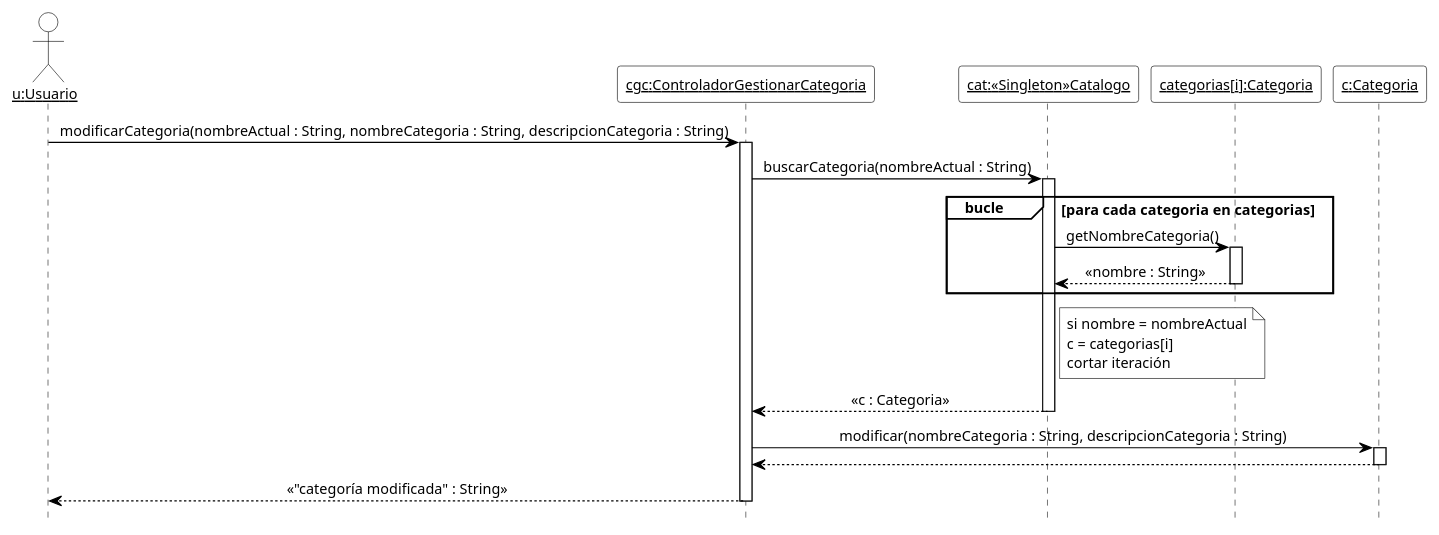
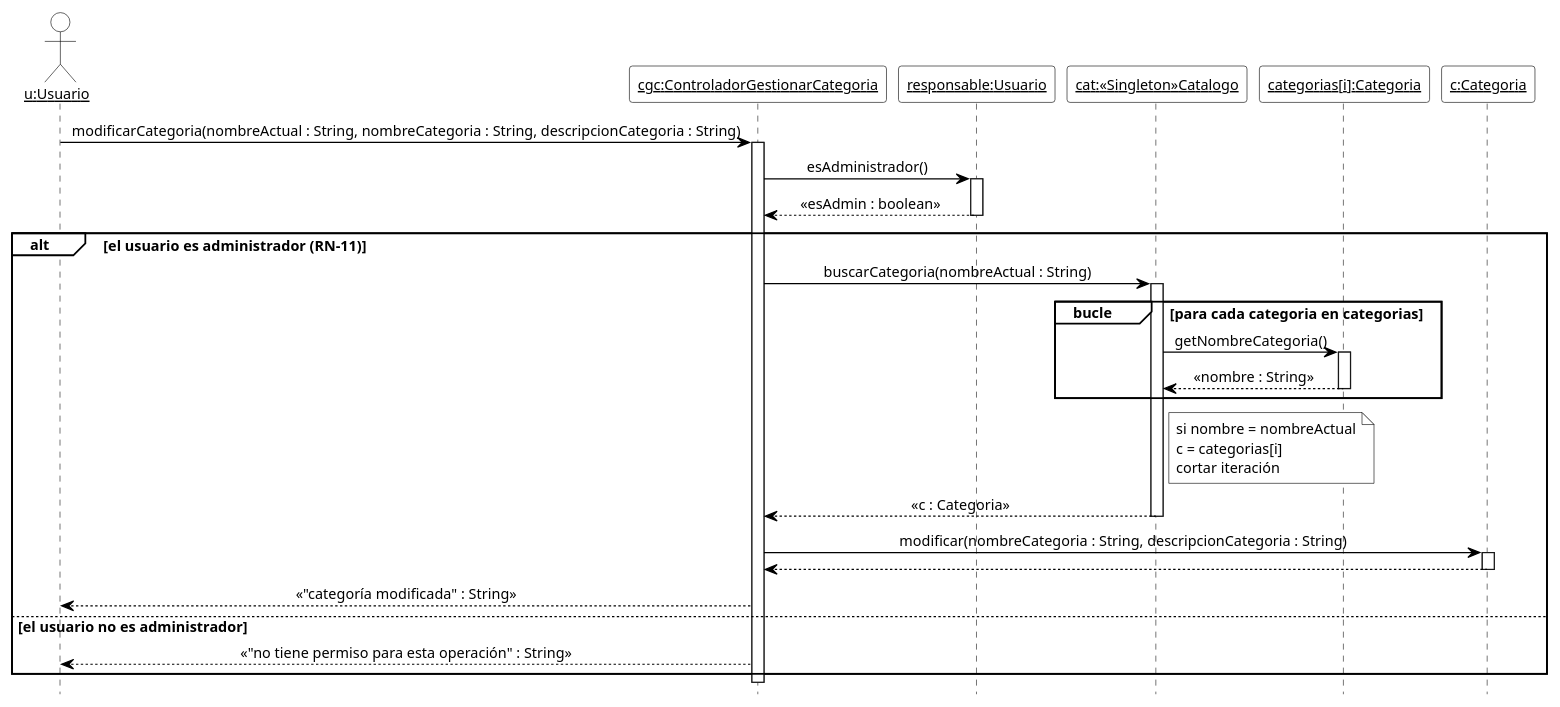
The diagram in 08-Diagrama De Secuencia/DSD_CU-03_modificarCategoria.puml (cirotop/Stock-Project), drawn with PlantUML before and after one commit. The commit also changed 20 other files, not shown here.

```diff
--- a/08-Diagrama De Secuencia/DSD_CU-03_modificarCategoria.puml
+++ b/08-Diagrama De Secuencia/DSD_CU-03_modificarCategoria.puml
@@ -1,46 +1,54 @@
 @startuml DSD_CU-03_modificarCategoria
 ' Diagrama de Secuencia de Diseño (DSD) - CU-03 Gestionar categoría - modificarCategoria
 ' Estilo de los ejemplos de la teoría (introducirArticulo / crearNuevaVenta).
 hide footbox
 skinparam shadowing false
 skinparam defaultFontName Arial
 skinparam defaultFontSize 12
 skinparam sequenceMessageAlign center
 skinparam ArrowColor black
 skinparam ParticipantBackgroundColor white
 skinparam ParticipantBorderColor black
 skinparam CollectionsBackgroundColor white
 skinparam CollectionsBorderColor black
 skinparam ActorBackgroundColor white
 skinparam ActorBorderColor black
 skinparam LifeLineBorderColor black
 skinparam LifeLineBackgroundColor white
 skinparam SequenceGroupBackgroundColor white
 skinparam SequenceGroupBorderColor black
 skinparam SequenceGroupHeaderFontColor black
 skinparam NoteBackgroundColor white
 skinparam NoteBorderColor black
 
 actor "<u>u:Usuario</u>" as u
 participant "<u>cgc:ControladorGestionarCategoria</u>" as cgc
+participant "<u>responsable:Usuario</u>" as resp
 participant "<u>cat:«Singleton»Catalogo</u>" as cat
 participant "<u>categorias[i]:Categoria</u>" as ki
 participant "<u>c:Categoria</u>" as c
 
 u -> cgc ++ : modificarCategoria(nombreActual : String, nombreCategoria : String, descripcionCategoria : String)
-cgc -> cat ++ : buscarCategoria(nombreActual : String)
-group bucle [para cada categoria en categorias]
-  cat -> ki ++ : getNombreCategoria()
-  ki --> cat -- : «nombre : String»
+cgc -> resp ++ : esAdministrador()
+resp --> cgc -- : «esAdmin : boolean»
+alt el usuario es administrador (RN-11)
+  cgc -> cat ++ : buscarCategoria(nombreActual : String)
+  group bucle [para cada categoria en categorias]
+    cat -> ki ++ : getNombreCategoria()
+    ki --> cat -- : «nombre : String»
+  end
+  note right of cat
+    si nombre = nombreActual
+    c = categorias[i]
+    cortar iteración
+  end note
+  cat --> cgc -- : «c : Categoria»
+  cgc -> c ++ : modificar(nombreCategoria : String, descripcionCategoria : String)
+  c --> cgc --
+  cgc --> u : «"categoría modificada" : String»
+else el usuario no es administrador
+  cgc --> u : «"no tiene permiso para esta operación" : String»
 end
-note right of cat
-  si nombre = nombreActual
-  c = categorias[i]
-  cortar iteración
-end note
-cat --> cgc -- : «c : Categoria»
-cgc -> c ++ : modificar(nombreCategoria : String, descripcionCategoria : String)
-c --> cgc --
-cgc --> u -- : «"categoría modificada" : String»
+deactivate cgc
 
 @enduml
```
